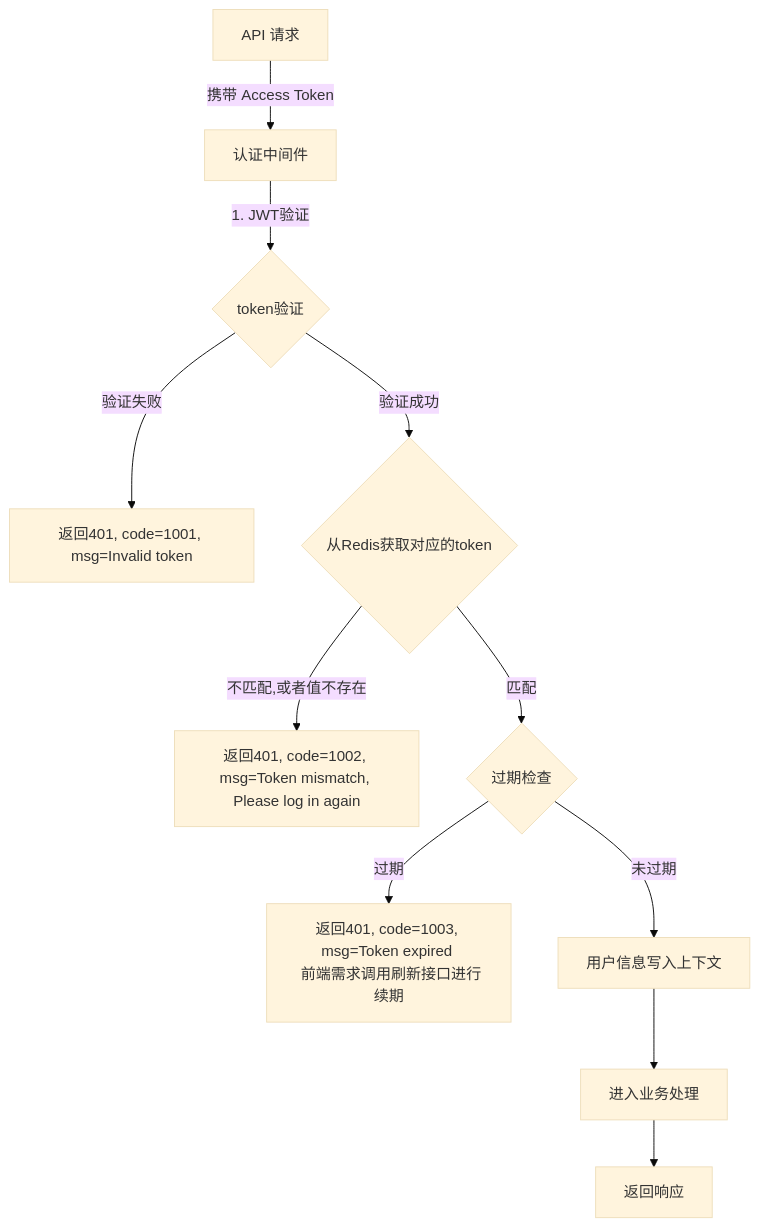
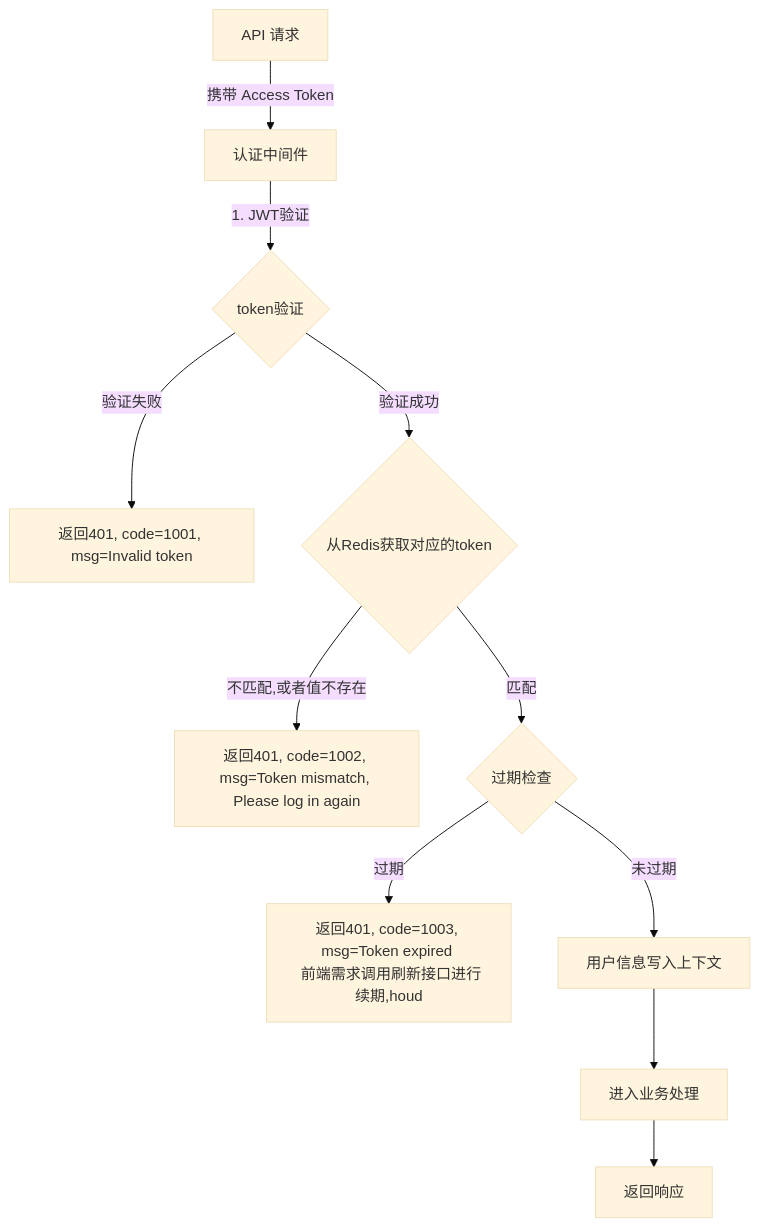
The diagram in all/未命名-16.md (yingjianzh/iodraw-files), drawn with Mermaid (base theme) before and after one commit.

Commit message:
2025-01-08 14:59:13 update

````diff
--- a/all/未命名-16.md
+++ b/all/未命名-16.md
@@ -1,17 +1,17 @@
 ```mermaid
 
 flowchart TD
     A[API 请求] -->|携带 Access Token| B[认证中间件]
     B -->|1. JWT验证| C{token验证}
     C -->|验证失败| D[返回401, code=1001, msg=Invalid token]
     C -->|验证成功| I{从Redis获取对应的token}
     
     I -->|不匹配,或者值不存在| J[返回401, code=1002, msg=Token mismatch, Please log in again]
     I -->|匹配| F{过期检查}
     
-    F -->|过期| E[返回401, code=1003, msg=Token expired \n 前端需求调用刷新接口进行续期]
+    F -->|过期| E[返回401, code=1003, msg=Token expired \n 前端需求调用刷新接口进行续期,houd]
     F -->|未过期| K[用户信息写入上下文]
     K --> L[进入业务处理]
     L --> N[返回响应]
 
 ```
````
